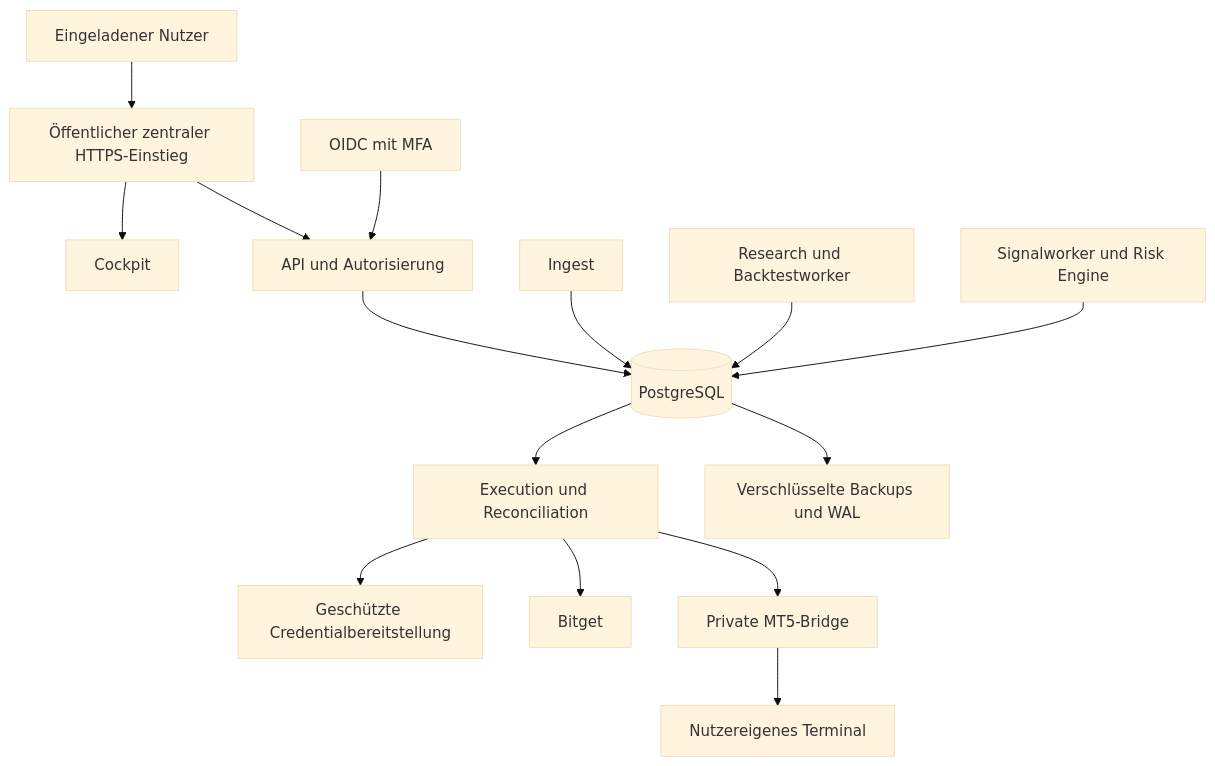
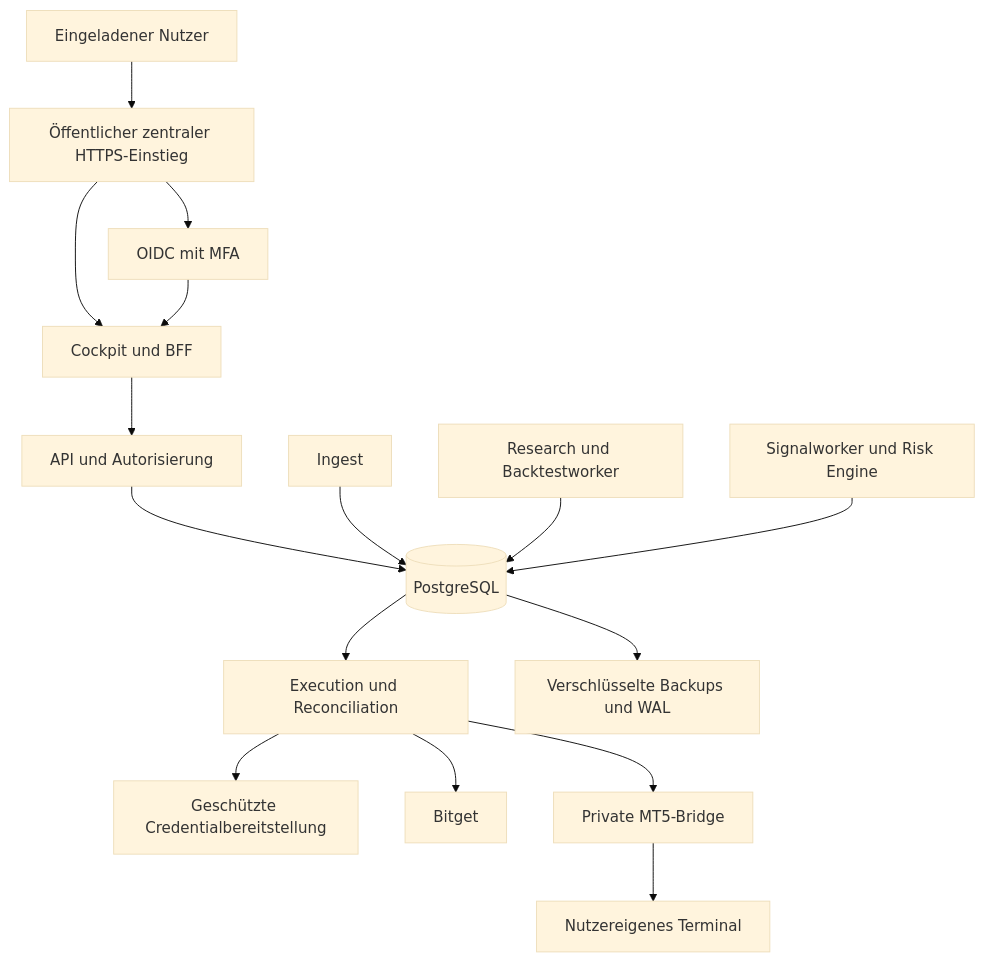
One commit to cadm-balzer/Investalo_Trading-Platform changed the first of 2 diagrams in docs/architecture.md. Above: the diagram before and after it, drawn with Mermaid (base theme). The commit also changed other lines of this file and 102 other files, not shown here.

````diff
--- a/docs/architecture.md
+++ b/docs/architecture.md
@@ -16,17 +18,18 @@
 ```mermaid
 flowchart TB
   USER[Eingeladener Nutzer] --> INGRESS[Öffentlicher zentraler HTTPS-Einstieg]
-  INGRESS --> WEB[Cockpit]
-  INGRESS --> API[API und Autorisierung]
-  IDP[OIDC mit MFA] --> API
+  INGRESS --> WEB[Cockpit und BFF]
+  WEB --> API[API und Autorisierung]
+  INGRESS --> IDP[OIDC mit MFA]
+  IDP --> WEB
   API --> DB[(PostgreSQL)]
   DATA[Ingest] --> DB
   BACKTEST[Research und Backtestworker] --> DB
   SIGNAL[Signalworker und Risk Engine] --> DB
   DB --> EXEC[Execution und Reconciliation]
   EXEC --> SECRET[Geschützte Credentialbereitstellung]
   EXEC --> BITGET[Bitget]
   EXEC --> BRIDGE[Private MT5-Bridge]
   BRIDGE --> MT5[Nutzereigenes Terminal]
   DB --> BACKUP[Verschlüsselte Backups und WAL]
 ```
````
